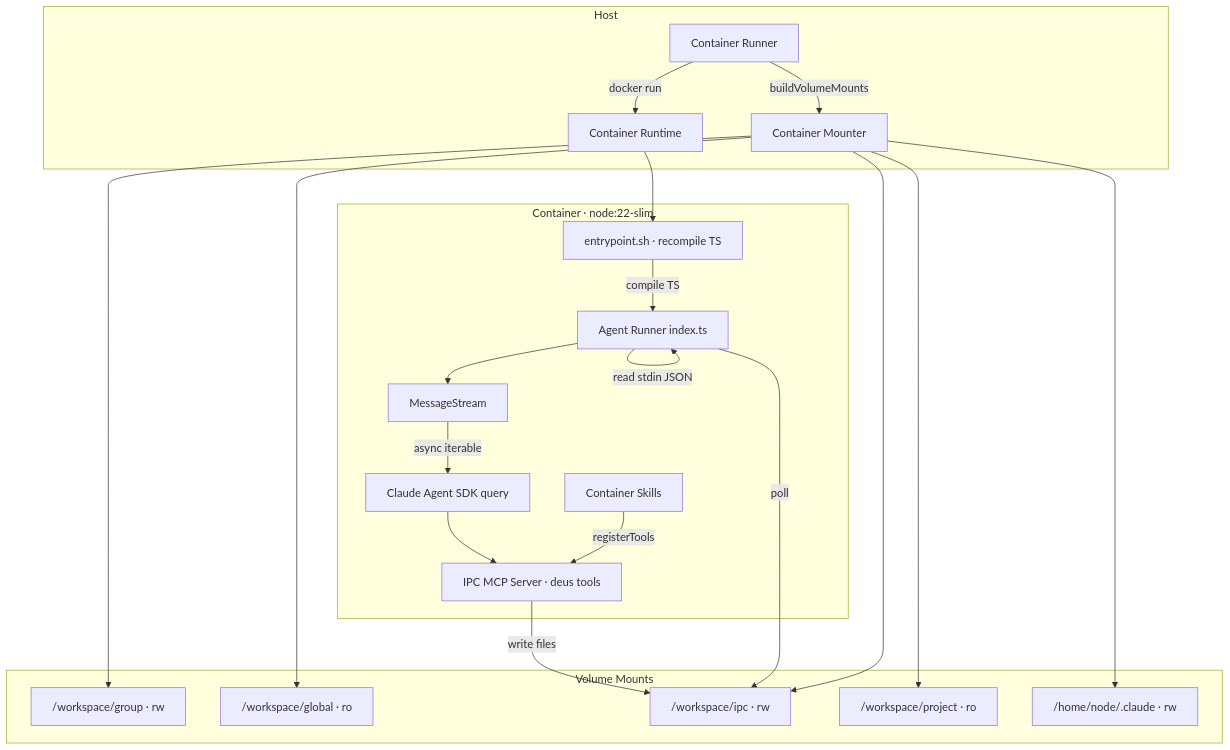
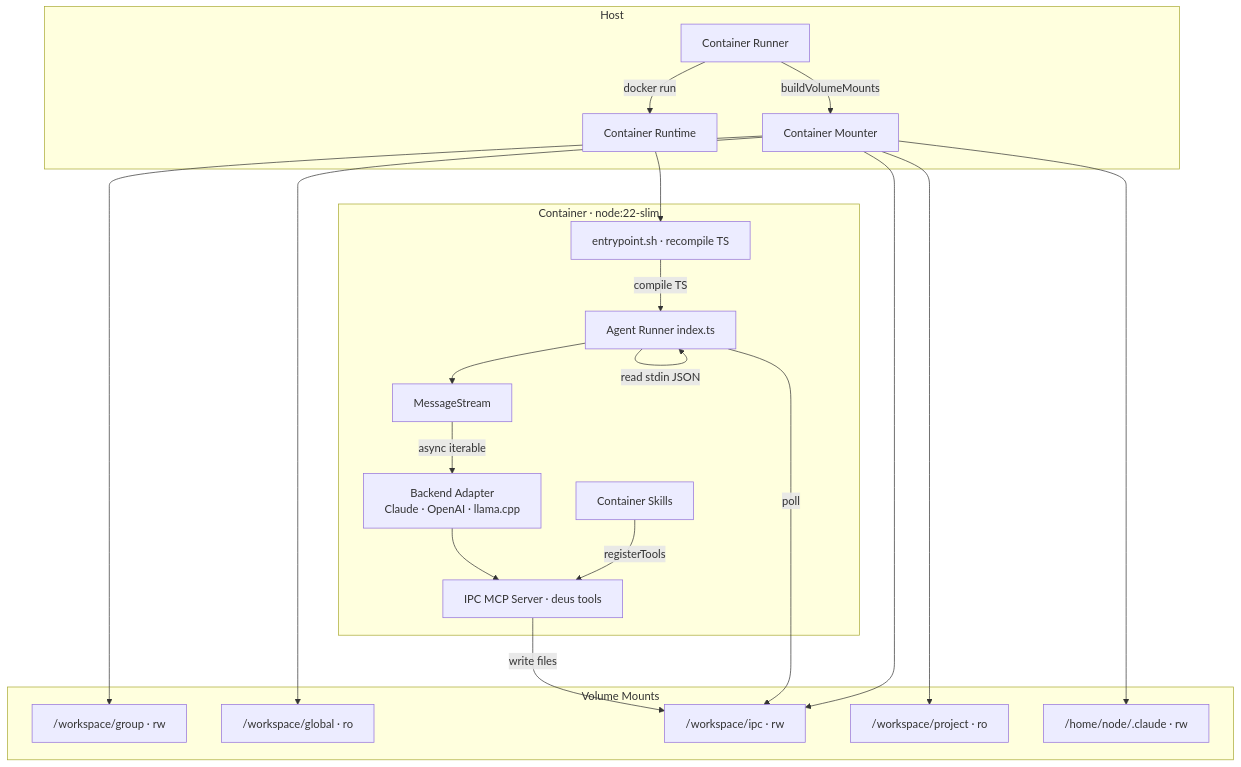
One commit to sliamh11/nanoclaw changed the fourth of 8 diagrams in docs/ARCHITECTURE.md. Above: the diagram before and after it, drawn with Mermaid. The commit also changed other lines of this file and 2 other files, not shown here.

First line of the commit message:
docs(arch): align ARCHITECTURE.md, AGENTS.md, README.md with recent additions

````diff
--- a/docs/ARCHITECTURE.md
+++ b/docs/ARCHITECTURE.md
@@ -175,39 +178,39 @@
 ```mermaid
 graph TB
     subgraph Host
         CR[Container Runner]
         CM[Container Mounter]
         CRT[Container Runtime]
     end
 
     subgraph Container["Container · node:22-slim"]
         EP[entrypoint.sh · recompile TS]
         AR[Agent Runner index.ts]
         MS[MessageStream]
-        SDK[Claude Agent SDK query]
+        SDK[Backend Adapter<br/>Claude · OpenAI · llama.cpp]
         IPC_MCP[IPC MCP Server · deus tools]
         SKILLS[Container Skills]
     end
 
     subgraph Mounts["Volume Mounts"]
         GRP["/workspace/group · rw"]
         GLB["/workspace/global · ro"]
         IPC_DIR["/workspace/ipc · rw"]
         PROJ["/workspace/project · ro"]
         CLAUDE_DIR["/home/node/.claude · rw"]
     end
 
     CR -->|buildVolumeMounts| CM
     CR -->|docker run| CRT
     CRT --> EP
     EP -->|compile TS| AR
     AR -->|read stdin JSON| AR
     AR --> MS
     MS -->|async iterable| SDK
     SDK --> IPC_MCP
     IPC_MCP -->|write files| IPC_DIR
     AR -->|poll| IPC_DIR
     SKILLS -->|registerTools| IPC_MCP
 
     CM --> GRP & GLB & IPC_DIR & PROJ & CLAUDE_DIR
 ```
````
